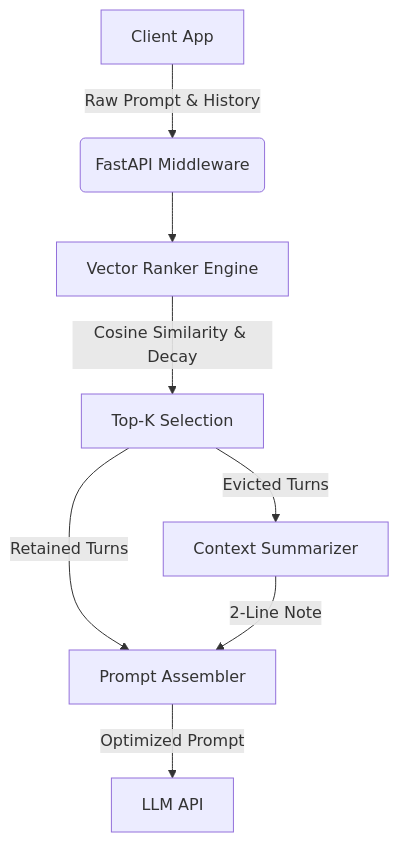
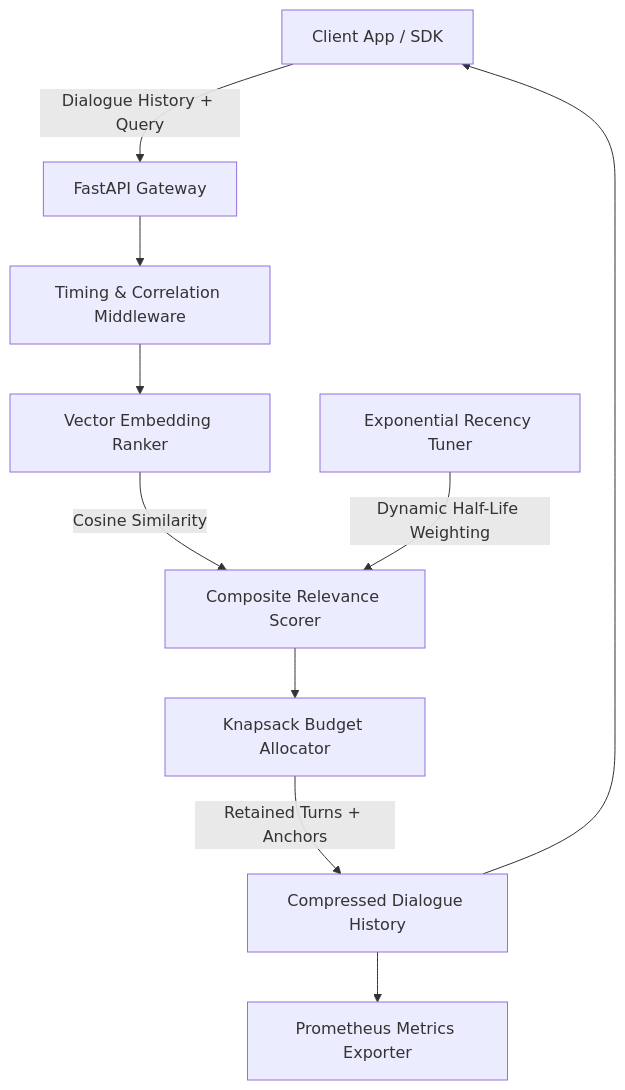
One commit to NaniToka/TokenFlow-AI changed the diagram in README.md. Above: the diagram before and after it, drawn with Mermaid. The commit also changed other lines of this file, not shown here.

Commit message:
docs(readme): update README with verified metrics, architecture links, and quickstart

````diff
--- a/README.md
+++ b/README.md
@@ -34,10 +36,12 @@
 ```mermaid
 graph TD
-    Client[Client App] -->|Raw Prompt & History| API(FastAPI Middleware)
-    API --> Ranker[Vector Ranker Engine]
-    Ranker -->|Cosine Similarity & Decay| Split[Top-K Selection]
-    Split -->|Retained Turns| Assembler[Prompt Assembler]
-    Split -->|Evicted Turns| Compressor[Context Summarizer]
-    Compressor -->|2-Line Note| Assembler
-    Assembler -->|Optimized Prompt| LLM[LLM API]
+    Client[Client App / SDK] -->|Dialogue History + Query| API[FastAPI Gateway]
+    API --> Middleware[Timing & Correlation Middleware]
+    Middleware --> Ranker[Vector Embedding Ranker]
+    Ranker -->|Cosine Similarity| Composite[Composite Relevance Scorer]
+    Tuner[Exponential Recency Tuner] -->|Dynamic Half-Life Weighting| Composite
+    Composite --> Budget[Knapsack Budget Allocator]
+    Budget -->|Retained Turns + Anchors| Output[Compressed Dialogue History]
+    Output --> Prometheus[Prometheus Metrics Exporter]
+    Output --> Client
 ```
````
